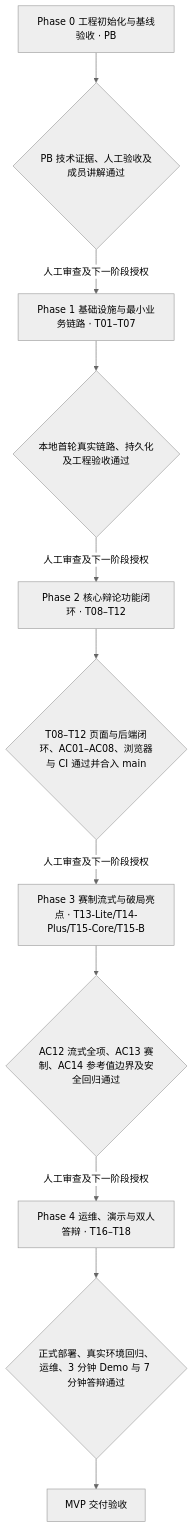
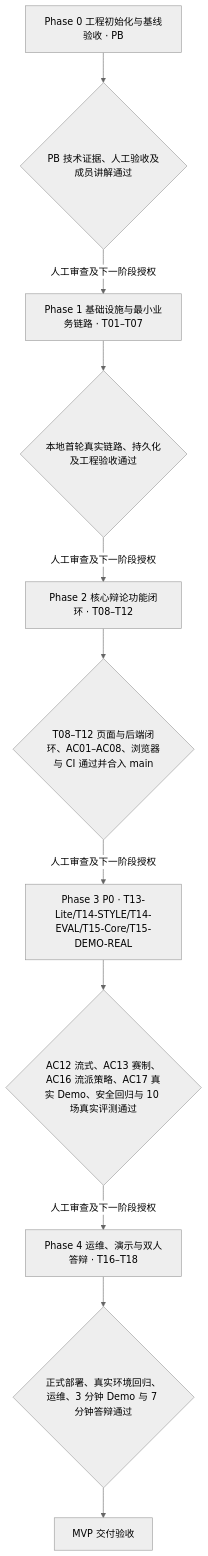
The diagram in docs/planning/PLAN.md (bingqilin456/DebateForge), drawn with Mermaid (neutral theme) before and after one commit. The commit also changed other lines of this file and 8 other files, not shown here.

Commit message:
docs: align Phase 3 contracts and real AI demo acceptance

````diff
--- a/docs/planning/PLAN.md
+++ b/docs/planning/PLAN.md
@@ -57,13 +57,13 @@
 ```mermaid
 flowchart TD
     P0["Phase 0 工程初始化与基线验收 · PB"] --> G0{"PB 技术证据、人工验收及成员讲解通过"}
     G0 -->|人工审查及下一阶段授权| P1["Phase 1 基础设施与最小业务链路 · T01–T07"]
     P1 --> G1{"本地首轮真实链路、持久化及工程验收通过"}
     G1 -->|人工审查及下一阶段授权| P2["Phase 2 核心辩论功能闭环 · T08–T12"]
     P2 --> G2{"T08–T12 页面与后端闭环、AC01–AC08、浏览器与 CI 通过并合入 main"}
-    G2 -->|人工审查及下一阶段授权| P3["Phase 3 赛制流式与破局亮点 · T13-Lite/T14-Plus/T15-Core/T15-B"]
-    P3 --> G3{"AC12 流式全项、AC13 赛制、AC14 参考值边界及安全回归通过"}
+    G2 -->|人工审查及下一阶段授权| P3["Phase 3 P0 · T13-Lite/T14-STYLE/T14-EVAL/T15-Core/T15-DEMO-REAL"]
+    P3 --> G3{"AC12 流式、AC13 赛制、AC16 流派策略、AC17 真实 Demo、安全回归与 10 场真实评测通过"}
     G3 -->|人工审查及下一阶段授权| P4["Phase 4 运维、演示与双人答辩 · T16–T18"]
     P4 --> G4{"正式部署、真实环境回归、运维、3 分钟 Demo 与 7 分钟答辩通过"}
     G4 --> D["MVP 交付验收"]
 ```
````
